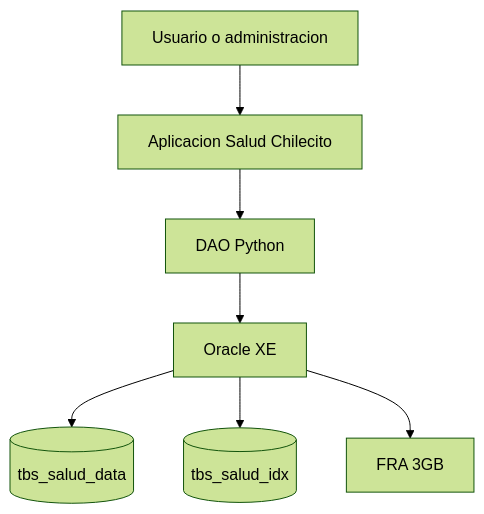
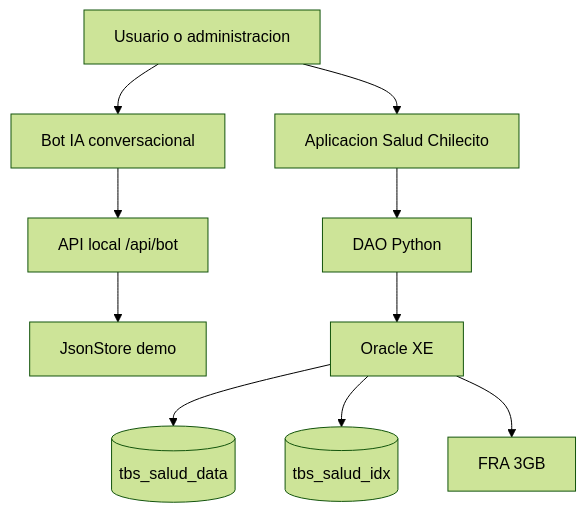
The diagram in docs/ARQUITECTURA.md (davidfajardotorres777/plataforma-salud-chilecito), drawn with Mermaid (forest theme) before and after one commit. The commit also changed other lines of this file and 12 other files, not shown here.

Commit message:
Agrega plataforma conversacional con bot IA

````diff
--- a/docs/ARQUITECTURA.md
+++ b/docs/ARQUITECTURA.md
@@ -5,9 +5,12 @@
 ```mermaid
 flowchart TD
     A[Usuario o administracion] --> B[Aplicacion Salud Chilecito]
+    A --> H[Bot IA conversacional]
+    H --> I[API local /api/bot]
+    I --> J[JsonStore demo]
     B --> C[DAO Python]
     C --> D[Oracle XE]
     D --> E[(tbs_salud_data)]
     D --> F[(tbs_salud_idx)]
     D --> G[FRA 3GB]
 ```
````
